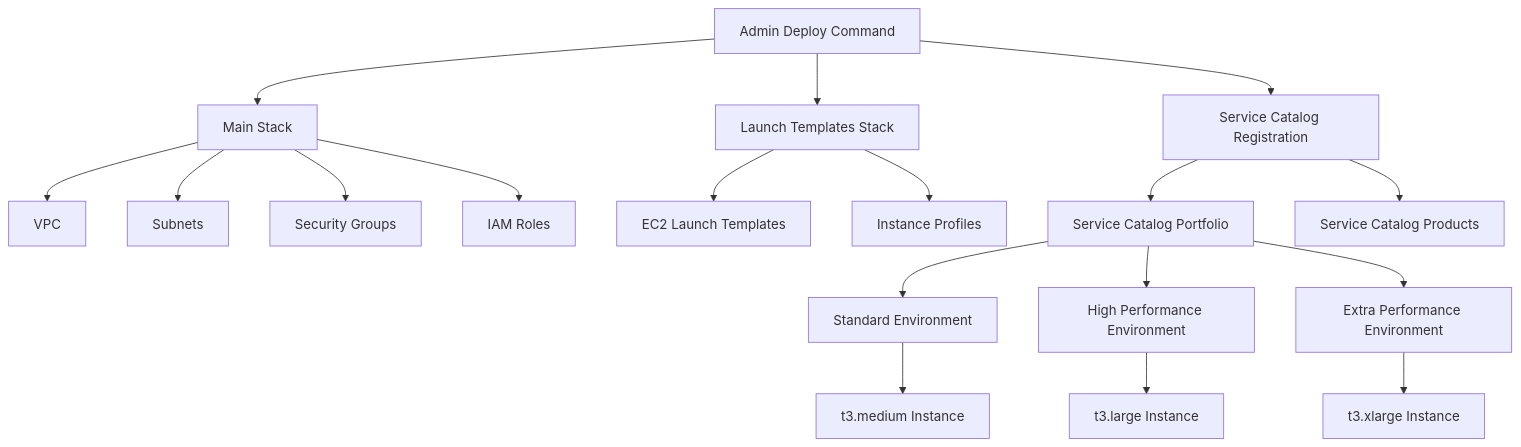
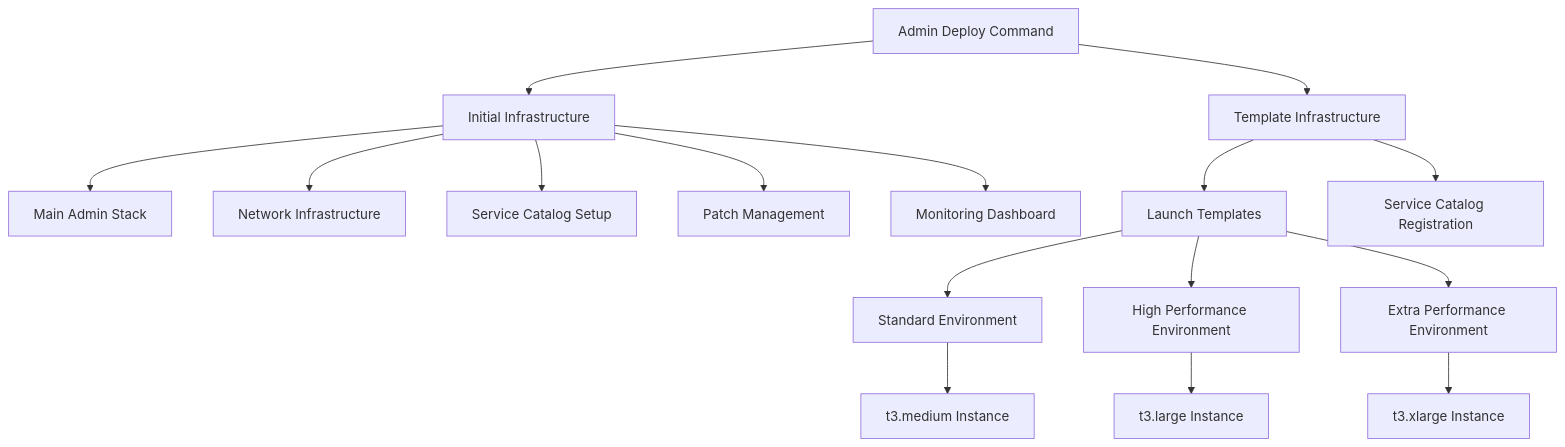
The diagram in README.md (icoxfog417/aws-agent-environment-tool), drawn with Mermaid before and after one commit. The commit also changed other lines of this file, not shown here.

````diff
--- a/README.md
+++ b/README.md
@@ -55,25 +55,22 @@
 ```mermaid
 flowchart TD
-    A[Admin Deploy Command] --> B[Main Stack]
-    A --> C[Launch Templates Stack]
-    A --> D[Service Catalog Registration]
+    A[Admin Deploy Command] --> B[Initial Infrastructure]
+    A --> C[Template Infrastructure]
     
-    B --> E[VPC]
-    B --> F[Subnets]
-    B --> G[Security Groups]
-    B --> H[IAM Roles]
+    B --> D[Main Admin Stack]
+    B --> E[Network Infrastructure]
+    B --> F[Service Catalog Setup]
+    B --> G[Patch Management]
+    B --> H[Monitoring Dashboard]
     
-    C --> I[EC2 Launch Templates]
-    C --> J[Instance Profiles]
+    C --> I[Launch Templates]
+    C --> J[Service Catalog Registration]
     
-    D --> K[Service Catalog Portfolio]
-    D --> L[Service Catalog Products]
+    I --> K[Standard Environment]
+    I --> L[High Performance Environment]
+    I --> M[Extra Performance Environment]
     
-    K --> M[Standard Environment]
-    K --> N[High Performance Environment]
-    K --> O[Extra Performance Environment]
-    
-    M --> P[t3.medium Instance]
-    N --> Q[t3.large Instance]
-    O --> R[t3.xlarge Instance]
+    K --> N[t3.medium Instance]
+    L --> O[t3.large Instance]
+    M --> P[t3.xlarge Instance]
 ```
````
